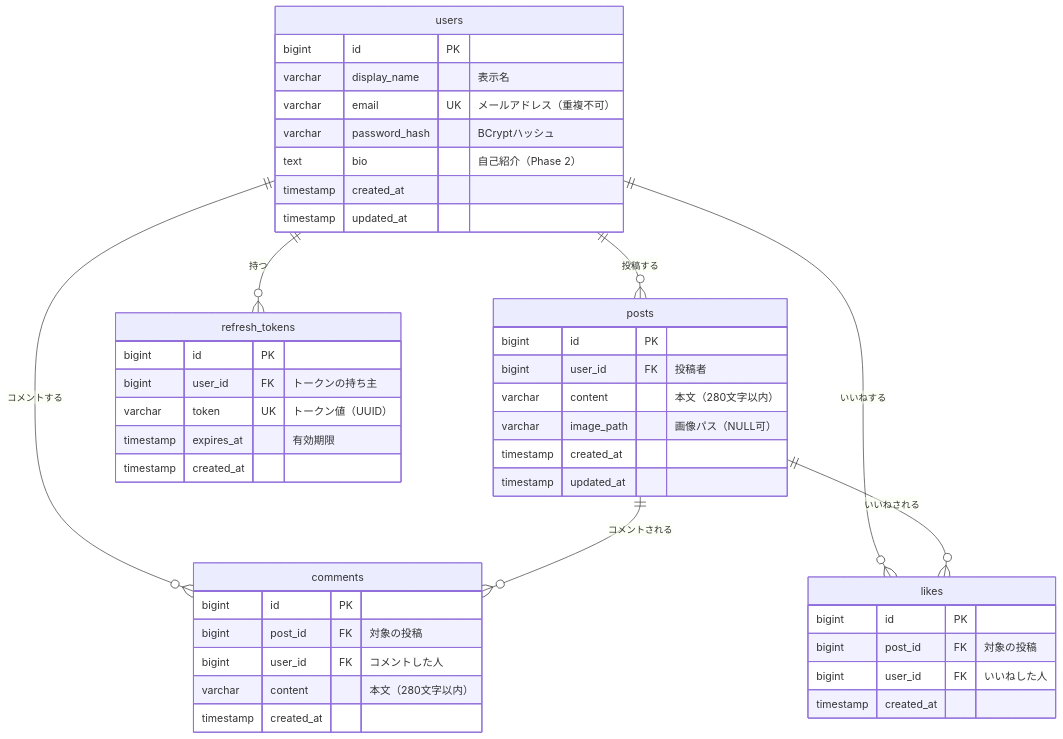
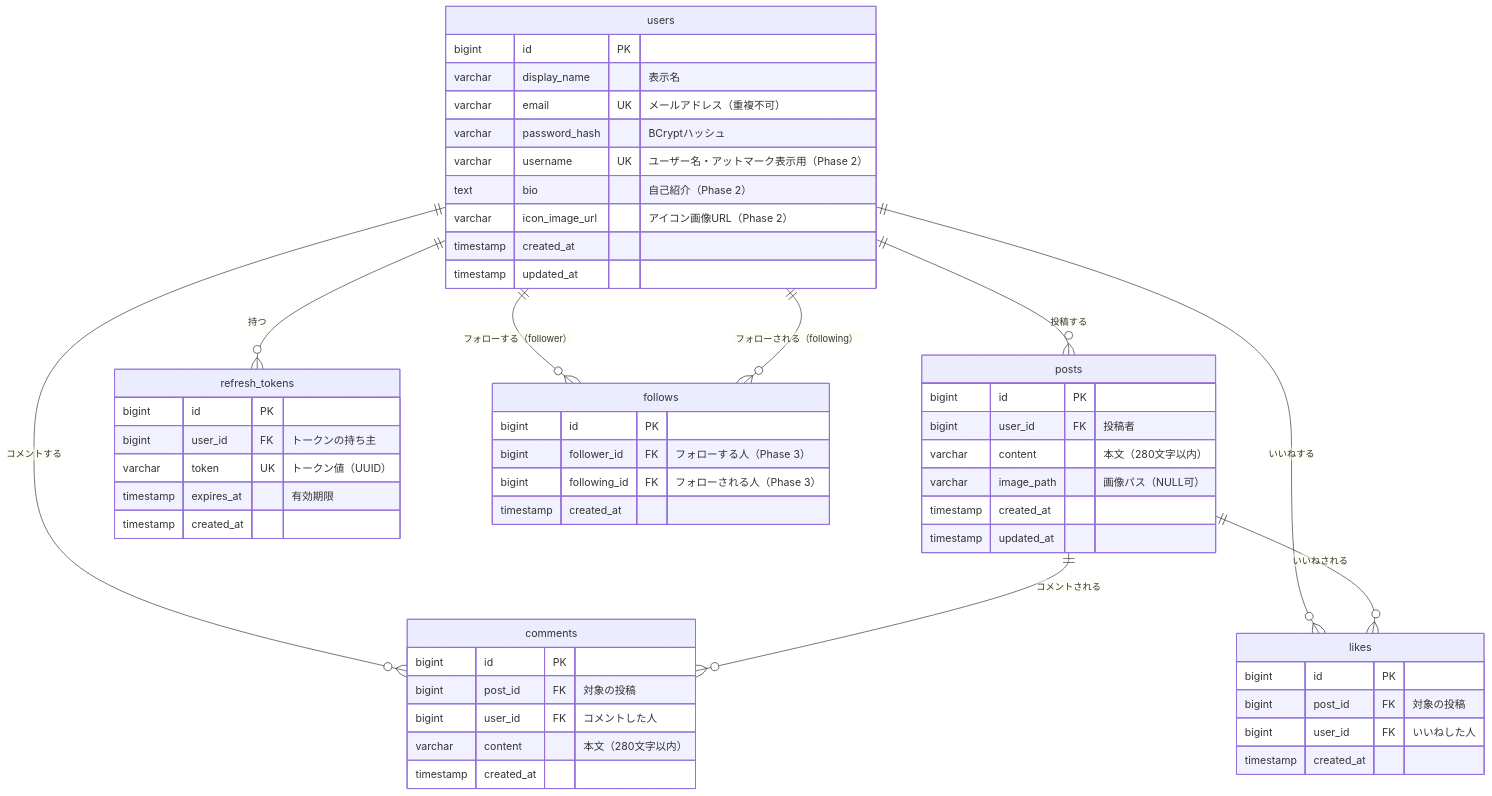
Before and after one commit to yusu31/RaiseTimeLine: the diagram in docs/database-design.md, drawn with Mermaid. The commit also changed other lines of this file and 1 other file, not shown here.

First line of the commit message:
docs: ER図を最終形（目標スキーマ）に拡張

````diff
--- a/docs/database-design.md
+++ b/docs/database-design.md
@@ -15,51 +18,62 @@
 ```mermaid
 erDiagram
     users ||--o{ posts : "投稿する"
     users ||--o{ comments : "コメントする"
     users ||--o{ likes : "いいねする"
     users ||--o{ refresh_tokens : "持つ"
+    users ||--o{ follows : "フォローする（follower）"
+    users ||--o{ follows : "フォローされる（following）"
     posts ||--o{ comments : "コメントされる"
     posts ||--o{ likes : "いいねされる"
 
     users {
         bigint id PK
         varchar display_name "表示名"
         varchar email UK "メールアドレス（重複不可）"
         varchar password_hash "BCryptハッシュ"
+        varchar username UK "ユーザー名・アットマーク表示用（Phase 2）"
         text bio "自己紹介（Phase 2）"
+        varchar icon_image_url "アイコン画像URL（Phase 2）"
         timestamp created_at
         timestamp updated_at
     }
 
     posts {
         bigint id PK
         bigint user_id FK "投稿者"
         varchar content "本文（280文字以内）"
         varchar image_path "画像パス（NULL可）"
         timestamp created_at
         timestamp updated_at
     }
 
     comments {
         bigint id PK
         bigint post_id FK "対象の投稿"
         bigint user_id FK "コメントした人"
         varchar content "本文（280文字以内）"
         timestamp created_at
     }
 
     likes {
         bigint id PK
         bigint post_id FK "対象の投稿"
         bigint user_id FK "いいねした人"
         timestamp created_at
     }
 
     refresh_tokens {
         bigint id PK
         bigint user_id FK "トークンの持ち主"
         varchar token UK "トークン値（UUID）"
         timestamp expires_at "有効期限"
         timestamp created_at
     }
+
+    follows {
+        bigint id PK
+        bigint follower_id FK "フォローする人（Phase 3）"
+        bigint following_id FK "フォローされる人（Phase 3）"
+        timestamp created_at
+    }
 ```
````
